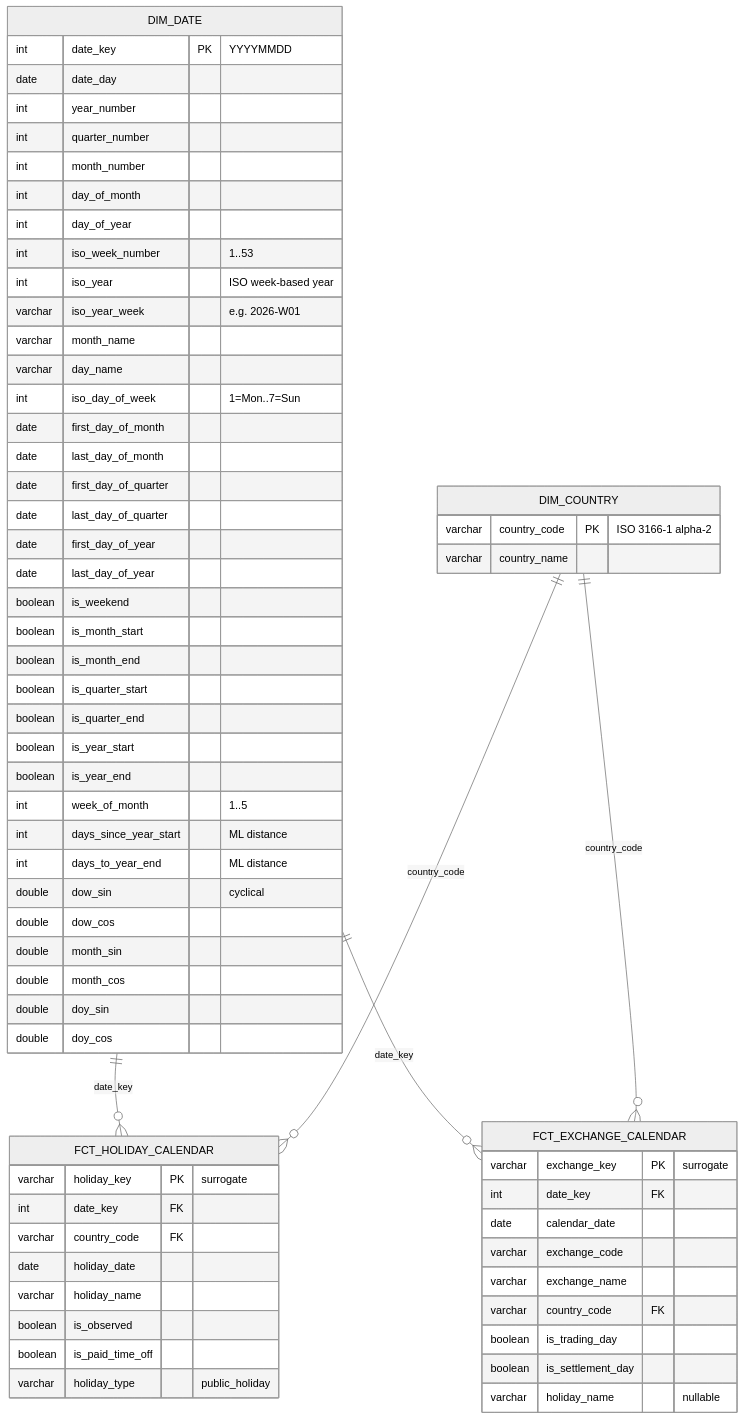
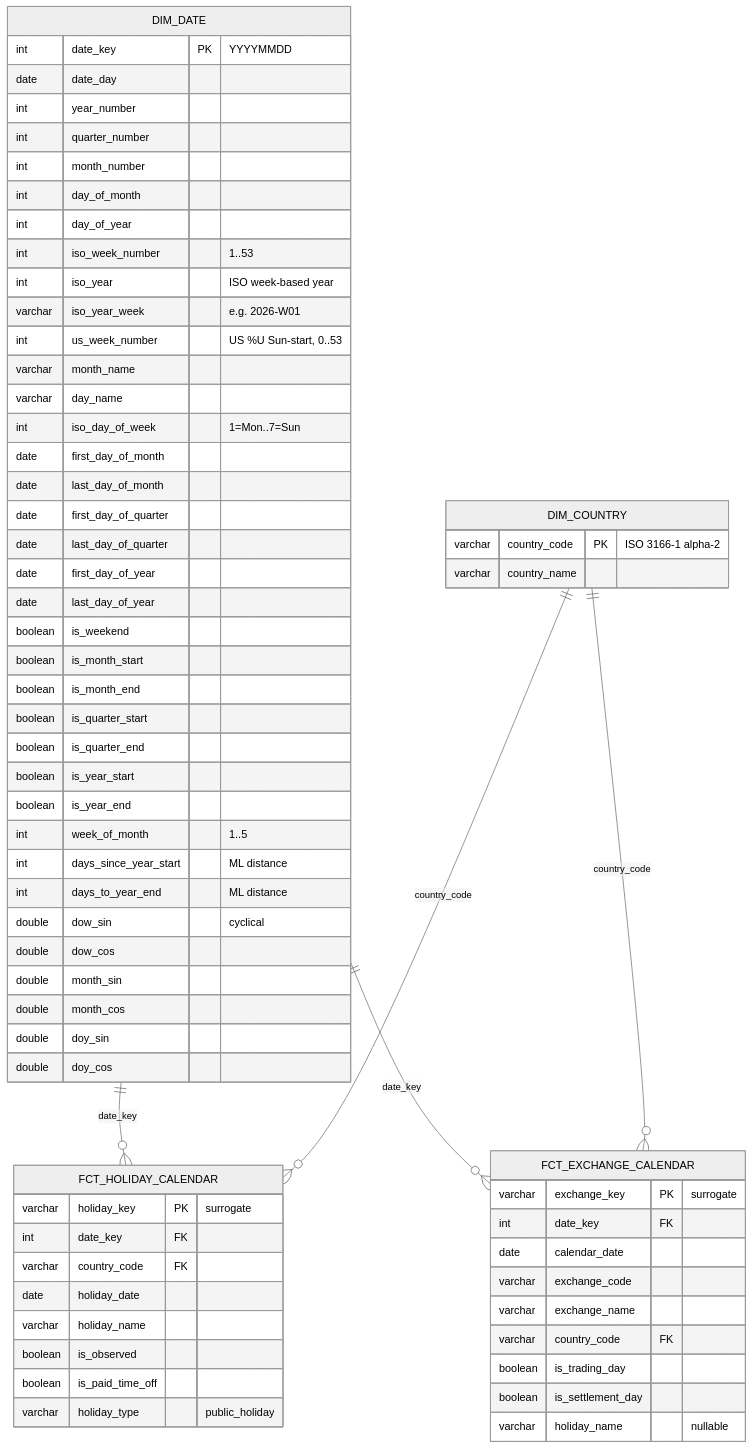
The diagram in README.md (oluies/dbt-duckdb-trading-calendar), drawn with Mermaid (neutral theme) before and after one commit. The commit also changed other lines of this file, not shown here.

First line of the commit message:
docs: document us_week_number in README data model + tests (#17)

````diff
--- a/README.md
+++ b/README.md
@@ -135,69 +135,70 @@
 ```mermaid
 erDiagram
     DIM_DATE {
         int date_key PK "YYYYMMDD"
         date date_day
         int year_number
         int quarter_number
         int month_number
         int day_of_month
         int day_of_year
         int iso_week_number "1..53"
         int iso_year "ISO week-based year"
         varchar iso_year_week "e.g. 2026-W01"
+        int us_week_number "US %U Sun-start, 0..53"
         varchar month_name
         varchar day_name
         int iso_day_of_week "1=Mon..7=Sun"
         date first_day_of_month
         date last_day_of_month
         date first_day_of_quarter
         date last_day_of_quarter
         date first_day_of_year
         date last_day_of_year
         boolean is_weekend
         boolean is_month_start
         boolean is_month_end
         boolean is_quarter_start
         boolean is_quarter_end
         boolean is_year_start
         boolean is_year_end
         int week_of_month "1..5"
         int days_since_year_start "ML distance"
         int days_to_year_end "ML distance"
         double dow_sin "cyclical"
         double dow_cos
         double month_sin
         double month_cos
         double doy_sin
         double doy_cos
     }
     DIM_COUNTRY {
         varchar country_code PK "ISO 3166-1 alpha-2"
         varchar country_name
     }
     FCT_HOLIDAY_CALENDAR {
         varchar holiday_key PK "surrogate"
         int date_key FK
         varchar country_code FK
         date holiday_date
         varchar holiday_name
         boolean is_observed
         boolean is_paid_time_off
         varchar holiday_type "public_holiday"
     }
     FCT_EXCHANGE_CALENDAR {
         varchar exchange_key PK "surrogate"
         int date_key FK
         date calendar_date
         varchar exchange_code
         varchar exchange_name
         varchar country_code FK
         boolean is_trading_day
         boolean is_settlement_day
         varchar holiday_name "nullable"
     }
     DIM_DATE ||--o{ FCT_HOLIDAY_CALENDAR  : "date_key"
     DIM_DATE ||--o{ FCT_EXCHANGE_CALENDAR : "date_key"
     DIM_COUNTRY ||--o{ FCT_HOLIDAY_CALENDAR  : "country_code"
     DIM_COUNTRY ||--o{ FCT_EXCHANGE_CALENDAR : "country_code"
 ```
````
